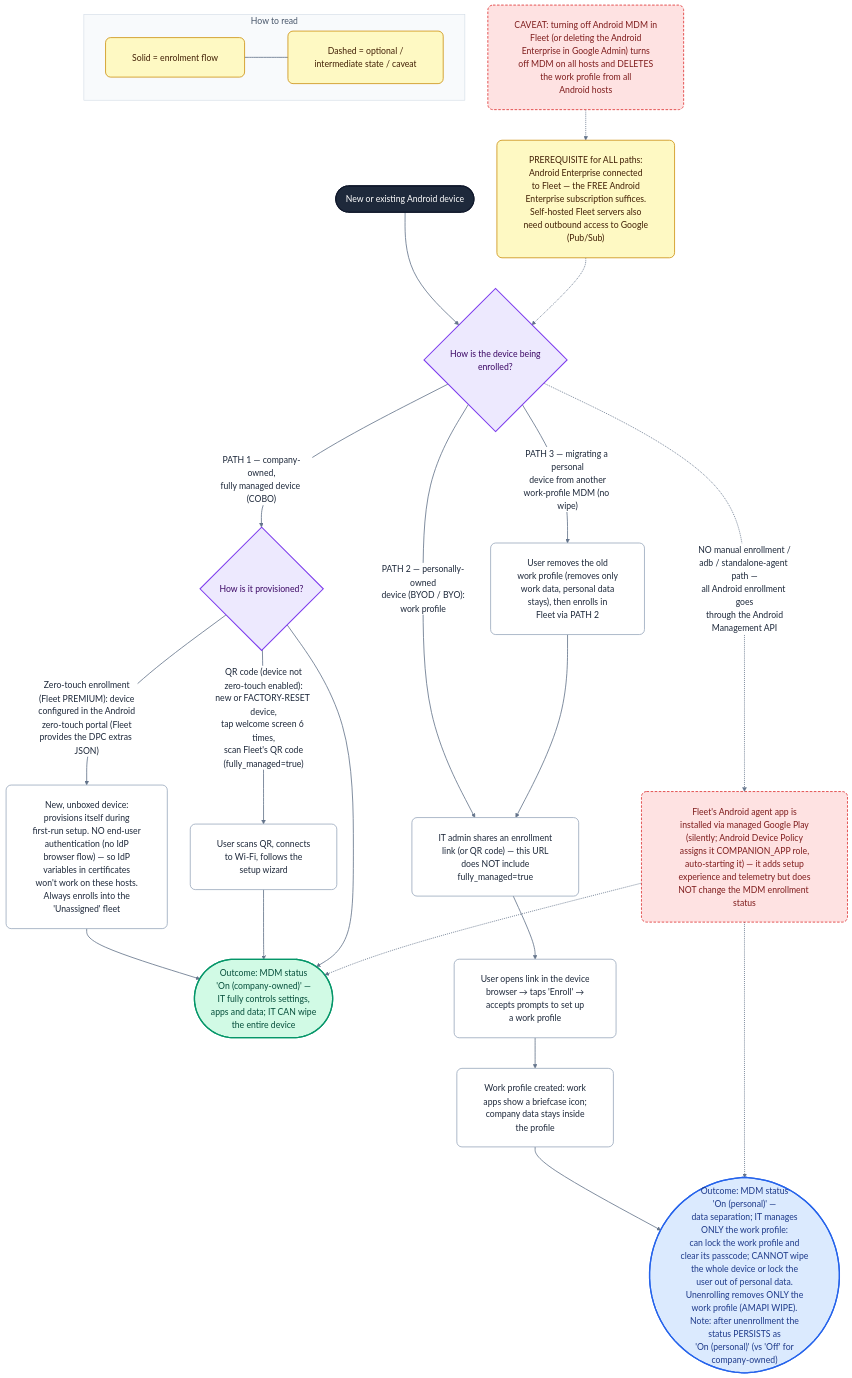
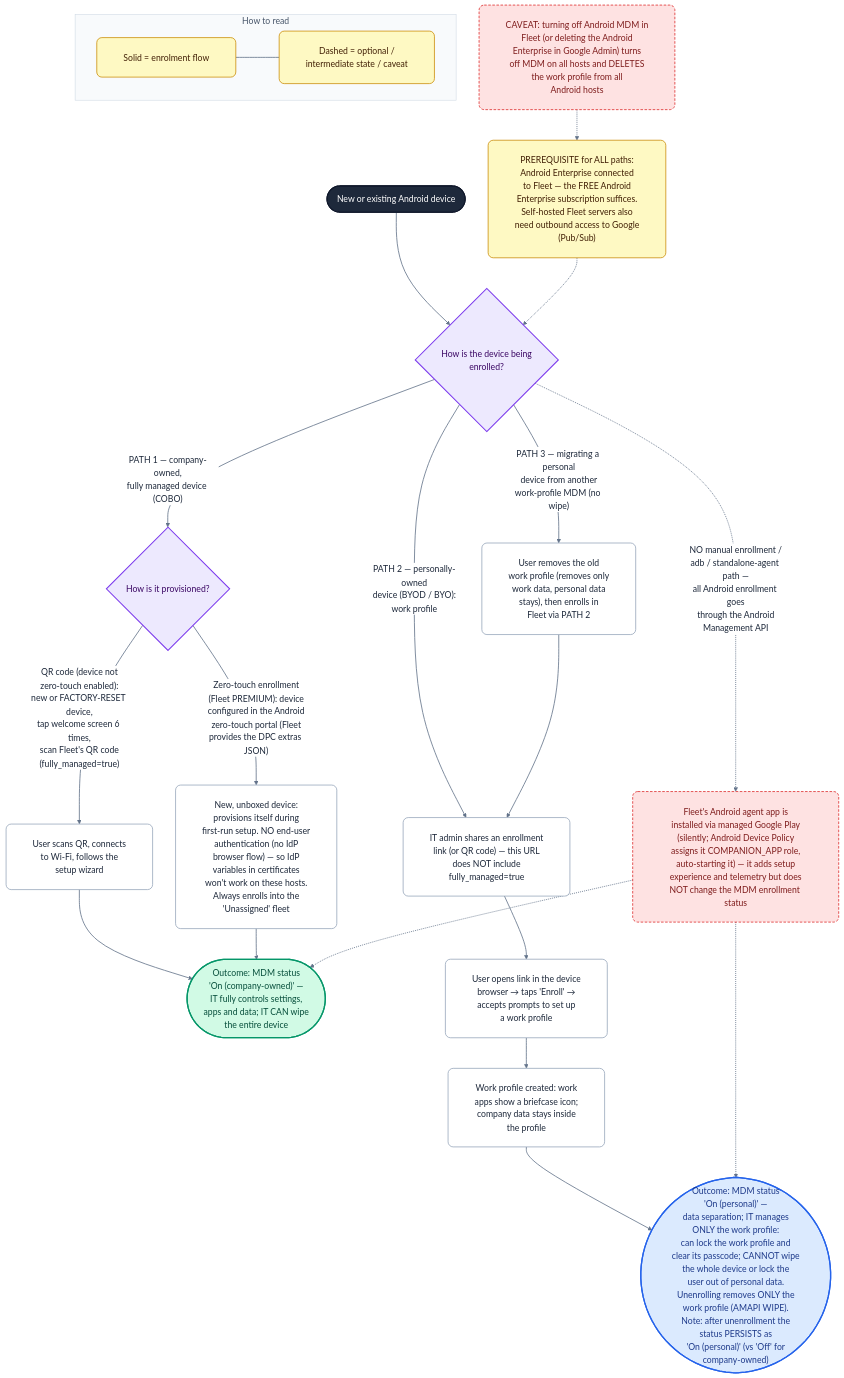
One commit to GrayW/flowcharts changed the diagram in android.md. Above: the diagram before and after it, drawn with Mermaid.

````diff
--- a/android.md
+++ b/android.md
@@ -1,77 +1,76 @@
 ```mermaid
 %%{init: {
   'theme': 'base',
   'themeVariables': {
     'fontFamily': 'Helvetica, Arial, sans-serif',
     'fontSize': '17px',
     'primaryColor': '#ffffff',
     'primaryTextColor': '#1e293b',
     'primaryBorderColor': '#94a3b8',
     'lineColor': '#64748b',
     'clusterBkg': '#f8fafc',
     'clusterBorder': '#cbd5e1',
     'edgeLabelBackground': '#ffffff'
   },
   'flowchart': { 'curve': 'basis', 'nodeSpacing': 45, 'rankSpacing': 60, 'padding': 26, 'wrappingWidth': 300, 'htmlLabels': true }
 }}%%
 flowchart TD
   START(["New or existing Android device"]) --> Q1{"How is the device being<br/>enrolled?"}
 
   REQ["PREREQUISITE for ALL paths:<br/>Android Enterprise connected<br/>to Fleet — the FREE Android<br/>Enterprise subscription suffices.<br/>Self-hosted Fleet servers also<br/>need outbound access to Google<br/>(Pub/Sub)"]
 
   %% ---- PATH 1: fully managed (COBO) ----
   Q1 -->|"PATH 1 — company-owned,<br/>fully managed device (COBO)"| COBO{"How is it provisioned?"}
   COBO -->|"Zero-touch enrollment<br/>(Fleet PREMIUM): device<br/>configured in the Android<br/>zero-touch portal (Fleet<br/>provides the DPC extras JSON)"| ZT["New, unboxed device:<br/>provisions itself during<br/>first-run setup. NO end-user<br/>authentication (no IdP<br/>browser flow) — so IdP<br/>variables in certificates<br/>won't work on these hosts.<br/>Always enrolls into the<br/>'Unassigned' fleet"]
   COBO -->|"QR code (device not<br/>zero-touch enabled):<br/>new or FACTORY-RESET device,<br/>tap welcome screen 6 times,<br/>scan Fleet's QR code<br/>(fully_managed=true)"| QR["User scans QR, connects<br/>to Wi-Fi, follows the<br/>setup wizard"]
-  ZT --> COBOOUT
   QR --> COBOOUT
-  COBO --> COBOOUT(["Outcome: MDM status<br/>'On (company-owned)' —<br/>IT fully controls settings,<br/>apps and data; IT CAN wipe<br/>the entire device"])
+  ZT --> COBOOUT(["Outcome: MDM status<br/>'On (company-owned)' —<br/>IT fully controls settings,<br/>apps and data; IT CAN wipe<br/>the entire device"])
 
   %% ---- PATH 2: work profile (BYOD) ----
   Q1 -->|"PATH 2 — personally-owned<br/>device (BYOD / BYO):<br/>work profile"| WP["IT admin shares an enrollment<br/>link (or QR code) — this URL<br/>does NOT include<br/>fully_managed=true"]
   WP --> WP2["User opens link in the device<br/>browser → taps 'Enroll' →<br/>accepts prompts to set up<br/>a work profile"]
   WP2 --> WP3["Work profile created: work<br/>apps show a briefcase icon;<br/>company data stays inside<br/>the profile"]
   WP3 --> WPOUT(["Outcome: MDM status<br/>'On (personal)' —<br/>data separation; IT manages<br/>ONLY the work profile:<br/>can lock the work profile and<br/>clear its passcode; CANNOT wipe<br/>the whole device or lock the<br/>user out of personal data.<br/>Unenrolling removes ONLY the<br/>work profile (AMAPI WIPE).<br/>Note: after unenrollment the<br/>status PERSISTS as<br/>'On (personal)' (vs 'Off' for<br/>company-owned)"])
 
   %% ---- PATH 3: BYOD migration ----
   Q1 -->|"PATH 3 — migrating a personal<br/>device from another<br/>work-profile MDM (no wipe)"| AMIG["User removes the old<br/>work profile (removes only<br/>work data, personal data<br/>stays), then enrolls in<br/>Fleet via PATH 2"]
   AMIG --> WP
 
   %% ---- Agent note ----
   AGENT["Fleet's Android agent app is<br/>installed via managed Google Play<br/>(silently; Android Device Policy<br/>assigns it COMPANION_APP role,<br/>auto-starting it) — it adds setup<br/>experience and telemetry but does<br/>NOT change the MDM enrollment status"]
   AGENT -.-> COBOOUT
   AGENT -.-> WPOUT
 
   %% ---- Global caveat ----
   DESTR["CAVEAT: turning off Android MDM in<br/>Fleet (or deleting the Android<br/>Enterprise in Google Admin) turns<br/>off MDM on all hosts and DELETES<br/>the work profile from all<br/>Android hosts"]
   DESTR -.-> REQ
 
   REQ -.-> Q1
 
   %% ---- No agent-based enrollment ----
   Q1 -.->|"NO manual enrollment /<br/>adb / standalone-agent path —<br/>all Android enrollment goes<br/>through the Android<br/>Management API"| AGENT
 
   %% Legend
   subgraph LEGEND["How to read"]
     L1["Solid = enrolment flow"] --- L2["Dashed = optional /<br/>intermediate state / caveat"]
   end
 
   classDef default fill:#ffffff,stroke:#94a3b8,stroke-width:1.5px,color:#1e293b,rx:10,ry:10
   classDef start fill:#1e293b,stroke:#0f172a,stroke-width:2px,color:#ffffff
   classDef decision fill:#ede9fe,stroke:#7c3aed,stroke-width:2px,color:#3b0764
   classDef pending fill:#fef9c3,stroke:#ca8a04,stroke-width:1.5px,color:#422006
   classDef full fill:#d1fae5,stroke:#059669,stroke-width:2.5px,color:#064e3b
   classDef byod fill:#dbeafe,stroke:#2563eb,stroke-width:2.5px,color:#1e3a8a
   classDef warn fill:#fee2e2,stroke:#dc2626,stroke-width:1.5px,color:#7f1d1d,stroke-dasharray:5 3
 
   class START start
   class Q1,COBO decision
   class REQ pending
   class COBOOUT full
   class WPOUT byod
   class AGENT,DESTR warn
   class L1,L2 pending
 
   linkStyle default stroke:#64748b,stroke-width:1.6px
   style LEGEND fill:#f8fafc,stroke:#cbd5e1,stroke-width:1px,color:#475569
   ```
````
